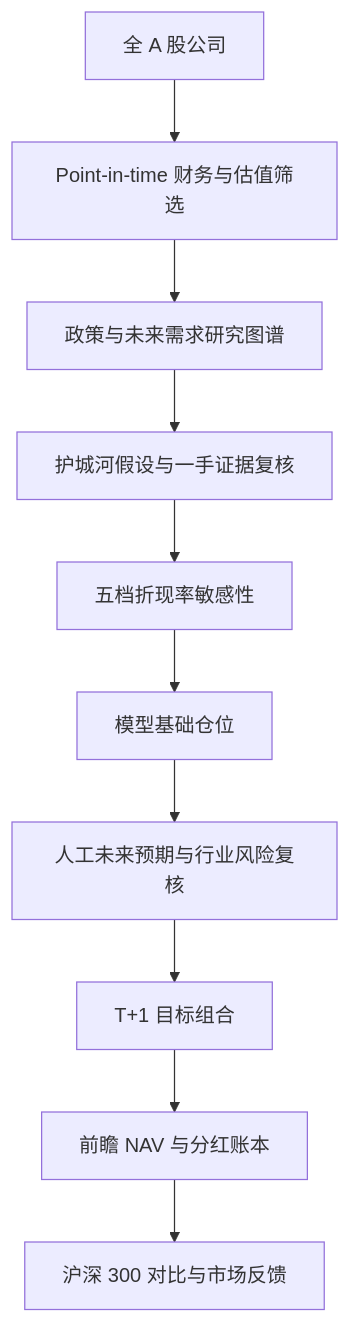
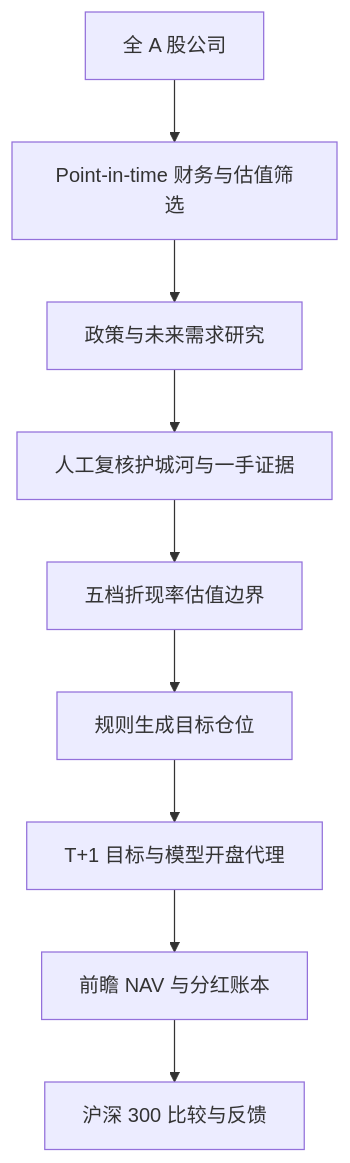
The third of 3 diagrams in README.zh-CN.md (MIngQian04/a-share-moat-value-strategy), drawn with Mermaid before and after one commit. The commit also changed other lines of this file and 5 other files, not shown here.

````diff
--- a/README.zh-CN.md
+++ b/README.zh-CN.md
@@ -161,12 +138,11 @@
 ```mermaid
 flowchart TD
-    A[全 A 股公司] --> B[Point-in-time 财务与估值筛选]
-    B --> C[政策与未来需求研究图谱]
-    C --> D[护城河假设与一手证据复核]
-    D --> E[五档折现率敏感性]
-    E --> F[模型基础仓位]
-    F --> G[人工未来预期与行业风险复核]
-    G --> H[T+1 目标组合]
-    H --> I[前瞻 NAV 与分红账本]
-    I --> J[沪深 300 对比与市场反馈]
+    A["全 A 股公司"] --> B["Point-in-time 财务与估值筛选"]
+    B --> C["政策与未来需求研究"]
+    C --> D["人工复核护城河与一手证据"]
+    D --> E["五档折现率估值边界"]
+    E --> F["规则生成目标仓位"]
+    F --> G["T+1 目标与模型开盘代理"]
+    G --> H["前瞻 NAV 与分红账本"]
+    H --> I["沪深 300 比较与反馈"]
 ```
````
